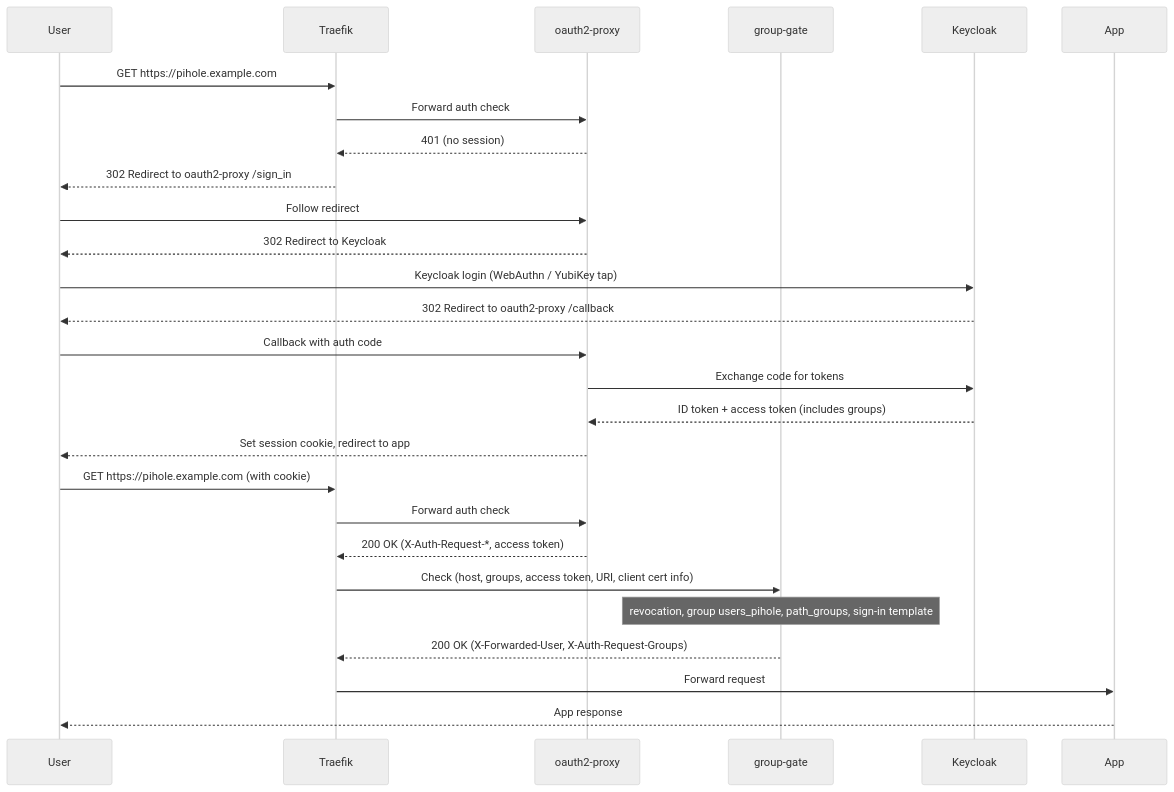
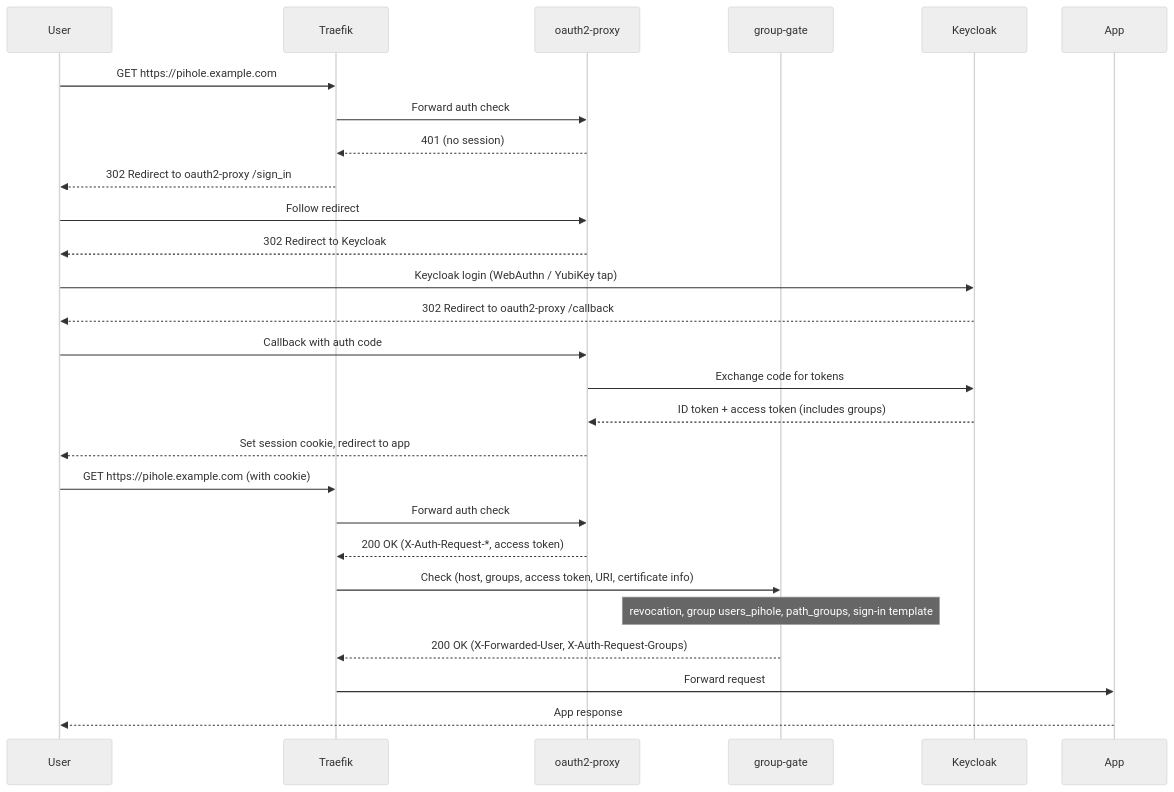
Before and after one commit to porelli/portcullis-docs: the second of 12 diagrams in docs/architecture.md, drawn with Mermaid (neutral theme). The commit also changed other lines of this file and 20 other files, not shown here.

````diff
--- a/docs/architecture.md
+++ b/docs/architecture.md
@@ -127,30 +128,30 @@
 ```mermaid
 sequenceDiagram
     participant U as User
     participant T as Traefik
     participant O as oauth2-proxy
     participant G as group-gate
     participant K as Keycloak
     participant A as App
 
     U->>T: GET https://pihole.example.com
     T->>O: Forward auth check
     O-->>T: 401 (no session)
     T-->>U: 302 Redirect to oauth2-proxy /sign_in
     U->>O: Follow redirect
     O-->>U: 302 Redirect to Keycloak
     U->>K: Keycloak login (WebAuthn / YubiKey tap)
     K-->>U: 302 Redirect to oauth2-proxy /callback
     U->>O: Callback with auth code
     O->>K: Exchange code for tokens
     K-->>O: ID token + access token (includes groups)
     O-->>U: Set session cookie, redirect to app
     U->>T: GET https://pihole.example.com (with cookie)
     T->>O: Forward auth check
     O-->>T: 200 OK (X-Auth-Request-*, access token)
-    T->>G: Check (host, groups, access token, URI, client cert info)
+    T->>G: Check (host, groups, access token, URI, certificate info)
     Note over G: revocation, group users_pihole, path_groups, sign-in template
     G-->>T: 200 OK (X-Forwarded-User, X-Auth-Request-Groups)
     T->>A: Forward request
     A-->>U: App response
 ```
````
